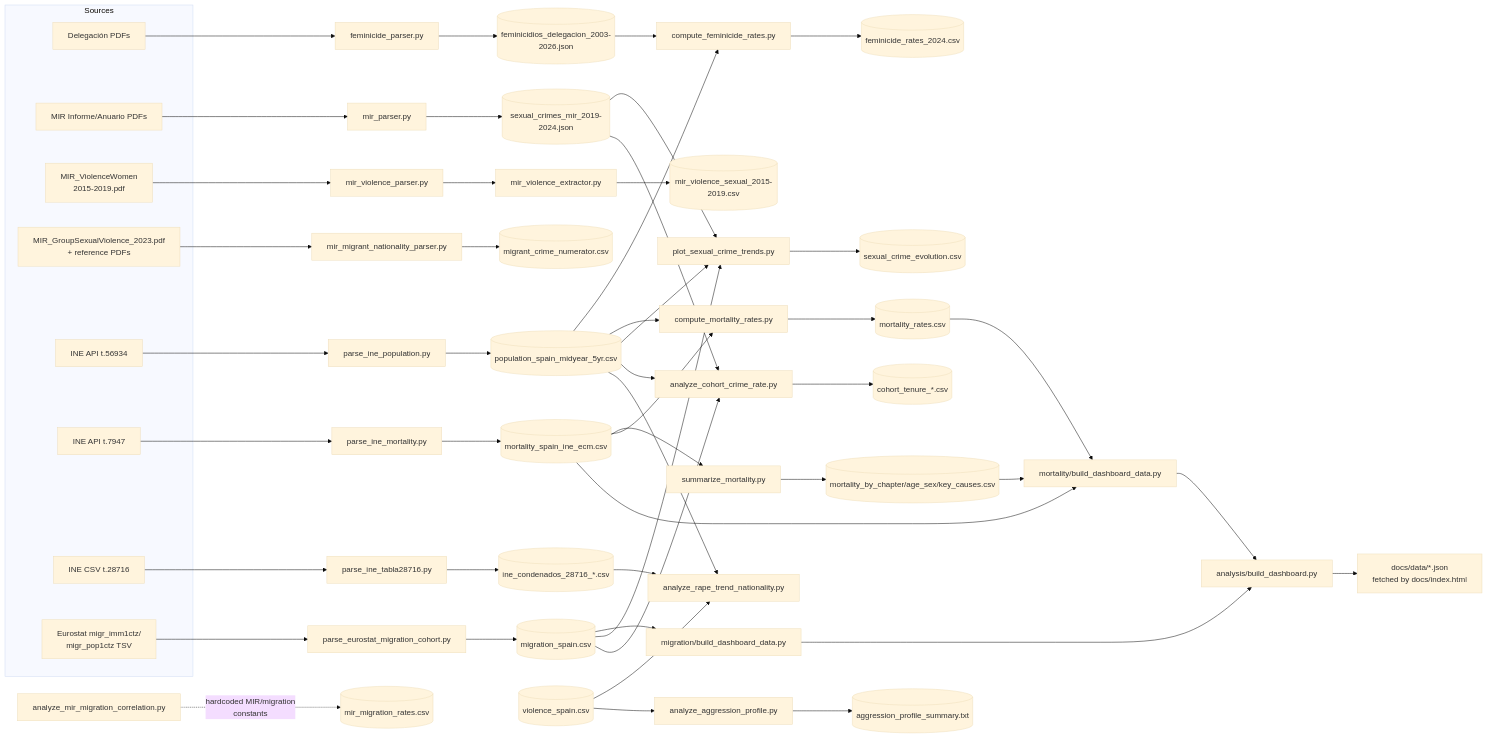
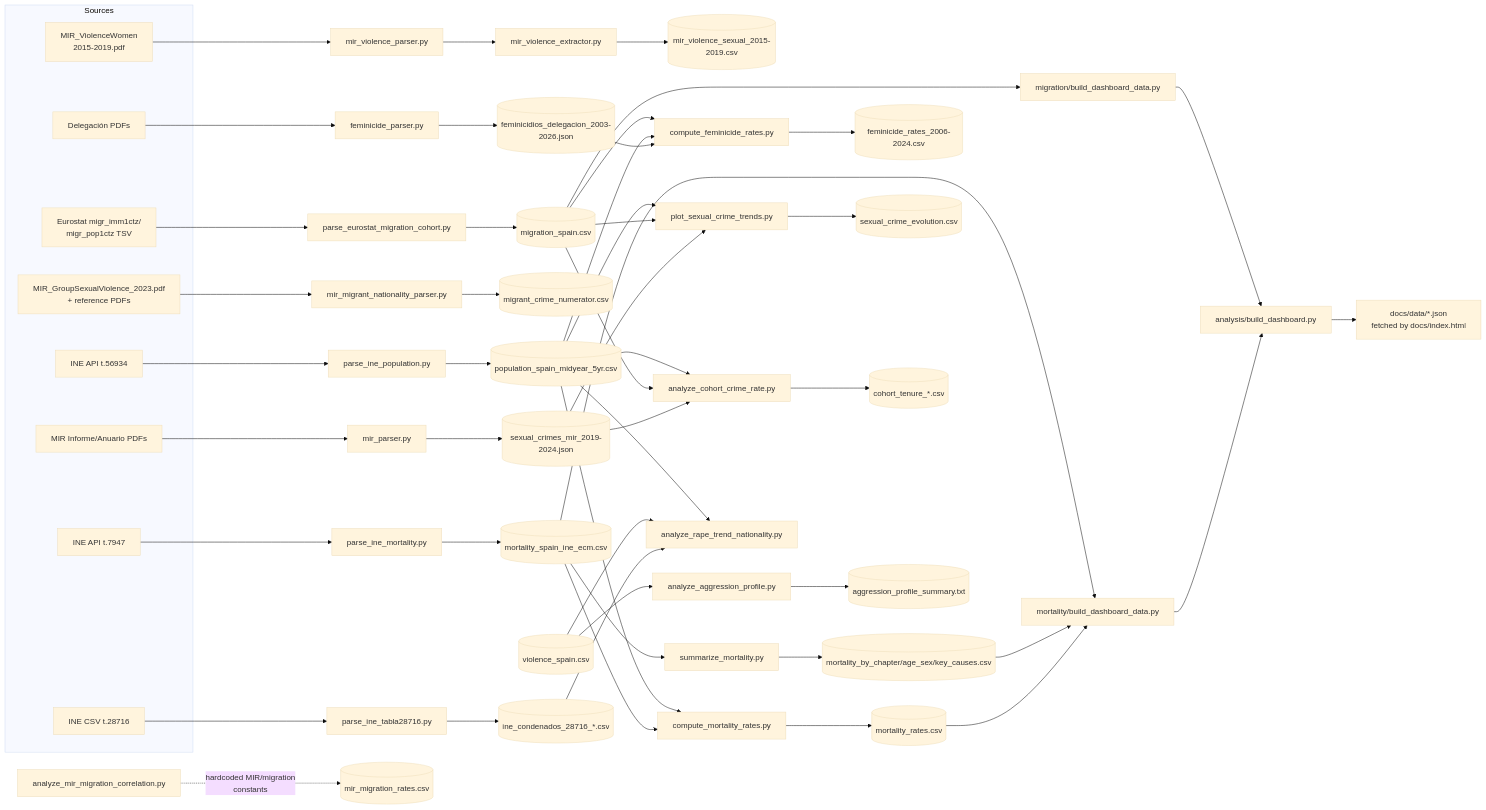
Before and after one commit to JavierGOrdonnez/SVS: the diagram in data/PIPELINE.md, drawn with Mermaid (base theme). The commit also changed other lines of this file and 24 other files, not shown here.

````diff
--- a/data/PIPELINE.md
+++ b/data/PIPELINE.md
@@ -64,58 +64,59 @@
 ```mermaid
 flowchart LR
   subgraph Sources
     PDF_FEM[Delegación PDFs]
     PDF_MIR[MIR Informe/Anuario PDFs]
     PDF_MIRV[MIR_ViolenceWomen<br/>2015-2019.pdf]
     PDF_GRP[MIR_GroupSexualViolence_2023.pdf<br/>+ reference PDFs]
     API_POP[INE API t.56934]
     API_MORT[INE API t.7947]
     URL_28716[INE CSV t.28716]
     TSV_EURO[Eurostat migr_imm1ctz/<br/>migr_pop1ctz TSV]
   end
 
   PDF_FEM --> feminicide_parser.py --> JSON_FEM[(feminicidios_delegacion_2003-2026.json)]
   PDF_MIR --> mir_parser.py --> JSON_MIR[(sexual_crimes_mir_2019-2024.json)]
   PDF_MIRV --> mir_violence_parser.py --> mir_violence_extractor.py --> CSV_MIRV[(mir_violence_sexual_2015-2019.csv)]
   PDF_GRP --> mir_migrant_nationality_parser.py --> CSV_MIG[(migrant_crime_numerator.csv)]
   API_POP --> parse_ine_population.py --> CSV_POP[(population_spain_midyear_5yr.csv)]
   API_MORT --> parse_ine_mortality.py --> CSV_ECM[(mortality_spain_ine_ecm.csv)]
   CSV_ECM --> summarize_mortality.py --> CSV_MORTSUM[(mortality_by_chapter/age_sex/key_causes.csv)]
   URL_28716 --> parse_ine_tabla28716.py --> CSV_28716[(ine_condenados_28716_*.csv)]
   TSV_EURO --> parse_eurostat_migration_cohort.py --> CSV_MIGR[(migration_spain.csv)]
 
   JSON_FEM --> compute_feminicide_rates.py
   CSV_POP --> compute_feminicide_rates.py
-  compute_feminicide_rates.py --> CSV_FEMRATE[(feminicide_rates_2024.csv)]
+  CSV_MIGR --> compute_feminicide_rates.py
+  compute_feminicide_rates.py --> CSV_FEMRATE[(feminicide_rates_2006-2024.csv)]
 
   CSV_ECM --> compute_mortality_rates.py
   CSV_POP --> compute_mortality_rates.py
   compute_mortality_rates.py --> CSV_MORTRATE[(mortality_rates.csv)]
 
   CSV_MORTRATE --> MORT_BUILD[mortality/build_dashboard_data.py]
   CSV_MORTSUM --> MORT_BUILD
   CSV_ECM --> MORT_BUILD
   MORT_BUILD --> ORCH[analysis/build_dashboard.py]
 
   CSV_MIGR --> MIGR_BUILD[migration/build_dashboard_data.py] --> ORCH
 
   ORCH --> DASH1[docs/data/*.json<br/>fetched by docs/index.html]
 
   JSON_MIR --> plot_sexual_crime_trends.py
   CSV_MIGR --> plot_sexual_crime_trends.py
   CSV_POP --> plot_sexual_crime_trends.py
   plot_sexual_crime_trends.py --> CSV_TREND[(sexual_crime_evolution.csv)]
 
   JSON_MIR --> analyze_cohort_crime_rate.py
   CSV_MIGR --> analyze_cohort_crime_rate.py
   CSV_POP --> analyze_cohort_crime_rate.py
   analyze_cohort_crime_rate.py --> CSV_COHORT[(cohort_tenure_*.csv)]
 
   CSV_28716 --> analyze_rape_trend_nationality.py
   CSV_VIOL[(violence_spain.csv)] --> analyze_rape_trend_nationality.py
   CSV_POP --> analyze_rape_trend_nationality.py
 
   CSV_VIOL --> analyze_aggression_profile.py --> TXT_AGG[(aggression_profile_summary.txt)]
 
   analyze_mir_migration_correlation.py -. hardcoded MIR/migration<br/>constants .-> CSV_CORR[(mir_migration_rates.csv)]
 ```
````
